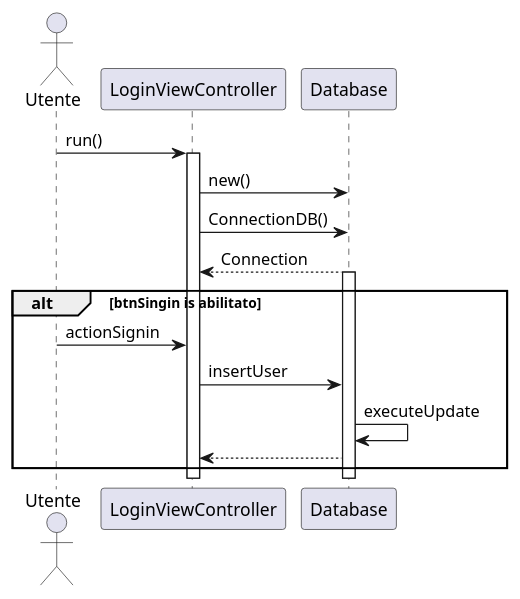
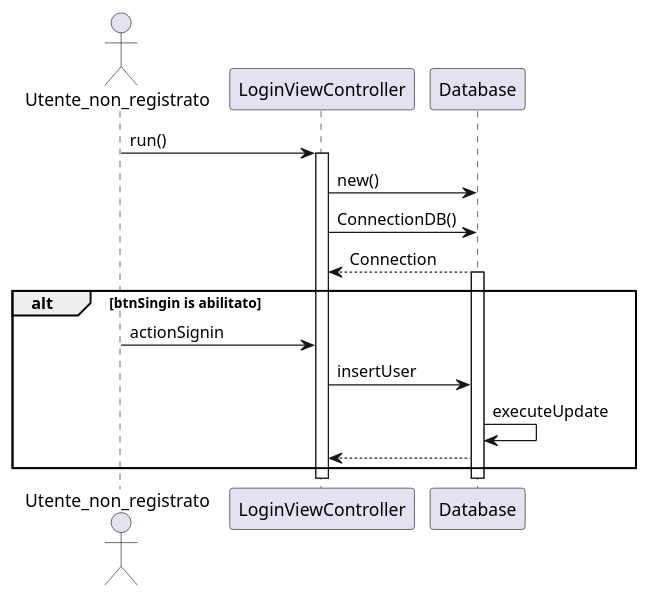
One commit to CupoMeridio/Ingegneria-del-software-2024-2025 changed the diagram in src/main/resources/SequenceDiagrams/SequenceDiagram_Registrazione.puml. Above: the diagram before and after it, drawn with PlantUML. The commit also changed 2 other files, not shown here.

Commit message:
Correzione ModifyViewController e SequenceDiagramRegistrazione

```diff
--- a/src/main/resources/SequenceDiagrams/SequenceDiagram_Registrazione.puml
+++ b/src/main/resources/SequenceDiagrams/SequenceDiagram_Registrazione.puml
@@ -1,23 +1,23 @@
 @startuml
-actor Utente
+actor Utente_non_registrato
 participant LoginViewController
 participant  Database
 
-Utente->LoginViewController:run()
+Utente_non_registrato->LoginViewController:run()
 activate LoginViewController
 LoginViewController -> Database: new()
 LoginViewController -> Database: ConnectionDB()
 Database --> LoginViewController: Connection
 
 activate Database
 alt btnSingin is abilitato
-Utente->LoginViewController:actionSignin
+Utente_non_registrato->LoginViewController:actionSignin
 LoginViewController -> Database: insertUser 
 
 
  Database -> Database: executeUpdate
 
 Database --> LoginViewController
 end
 
 @enduml
```
